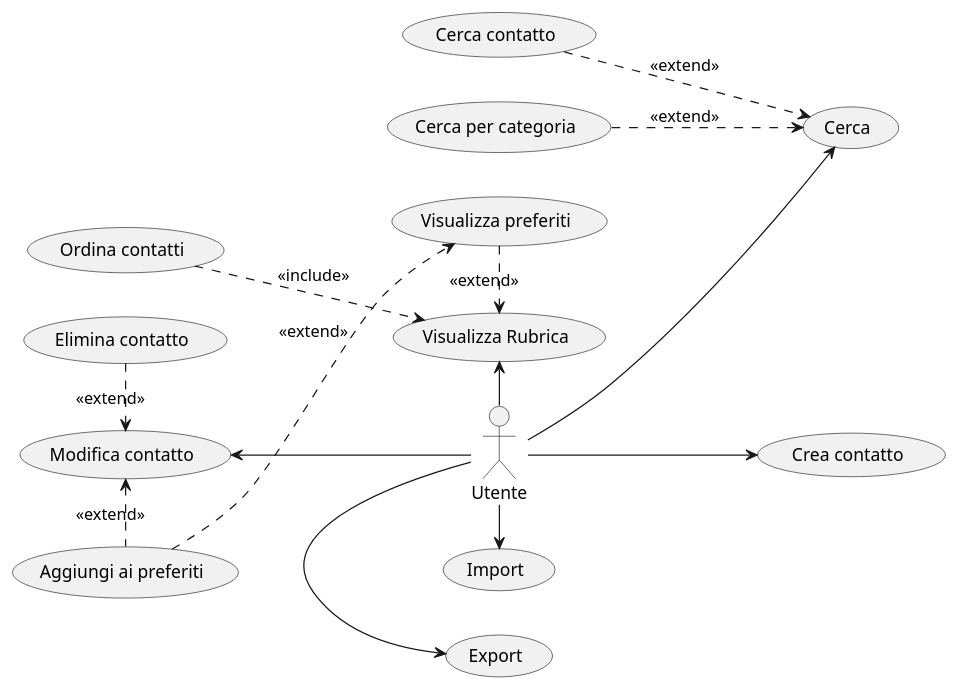
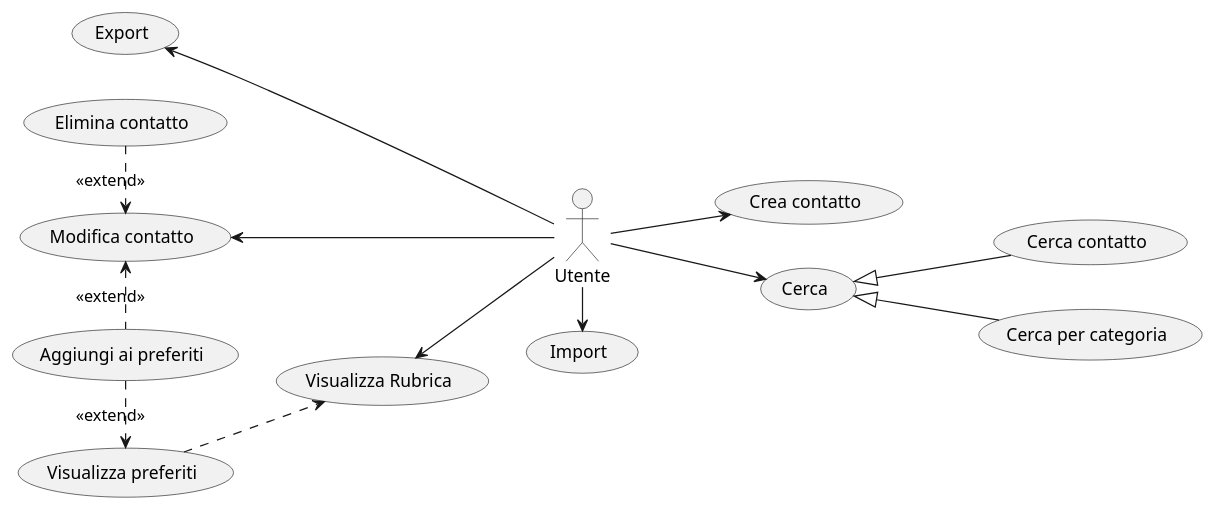
Before and after one commit to francescopeluso/SWE-Project: the diagram in UseCaseDiagrams.puml, drawn with PlantUML. The commit also changed 2 other files, not shown here.

Commit message:
Aggiunto diagramma dei casi d'uso aggiornato

```diff
--- a/UseCaseDiagrams.puml
+++ b/UseCaseDiagrams.puml
@@ -1,44 +1,44 @@
 @startuml
 left to right direction
 
 actor "Utente" as User
 
 usecase "Import" as Import
 usecase "Export" as Export
 usecase "Crea contatto" as Create
 usecase "Modifica contatto" as Modify
 usecase "Aggiungi ai preferiti" as Favorites
 usecase "Elimina contatto" as Delete
 usecase "Cerca" as Search
 usecase "Cerca contatto" as ContactSearch
 usecase "Cerca per categoria" as SearchByList
 usecase "Visualizza Rubrica" as View
 usecase "Visualizza preferiti" as ViewFavorites
-usecase "Ordina contatti" as Order
+
 
 ' Relazioni principali
-User -right-> Export
+User -up-> Export
 User -right-> Import
 
 User --> Create
 User --> Modify
 
 User --> Search
 User -left--> View
 
 
 ' Relazioni con il sistema (eventuale estensione)
 
 
 ViewFavorites -right..>View : <<extend>>
-Order  ..> View : <<include>>
 
-ContactSearch ..> Search : <<extend>>
-SearchByList ..> Search : <<extend>>
+
+Search <|-- ContactSearch
+Search <|-- SearchByList 
 
 Favorites -left..> Modify: <<extend>>
-Favorites ..> ViewFavorites : <<extend>>
+Favorites -right..> ViewFavorites : <<extend>>
 
 Delete -right..> Modify : <<extend>>
 
 @enduml
```
